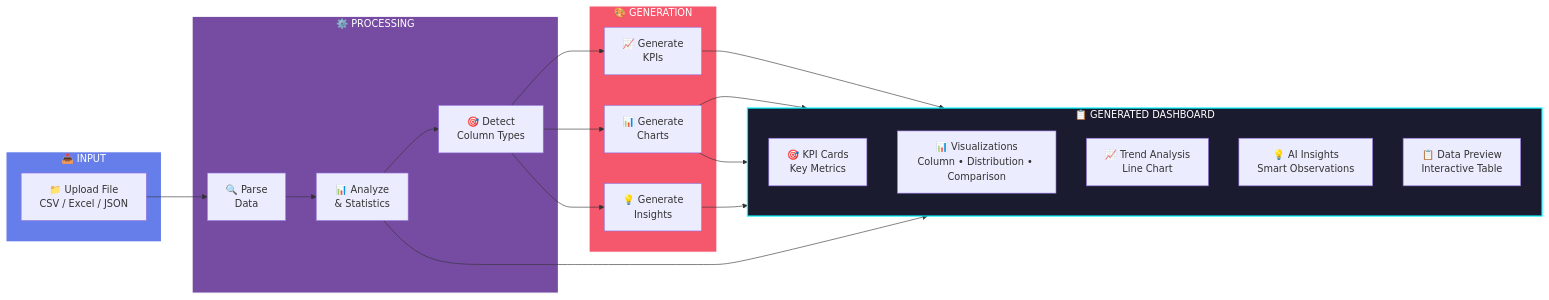
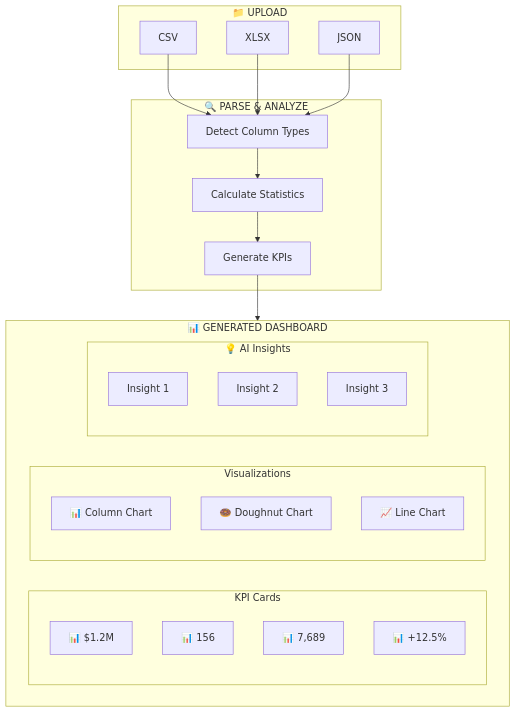
One commit to TR0J49/Axio-AI- changed the tenth of 14 diagrams in README.md. Above: the diagram before and after it, drawn with Mermaid. The commit also changed other lines of this file and 10 other files, not shown here.

````diff
--- a/README.md
+++ b/README.md
@@ -312,41 +424,35 @@
 ```mermaid
-flowchart LR
-    subgraph INPUT["📥 INPUT"]
-        A["📁 Upload File<br/>CSV / Excel / JSON"]
+flowchart TD
+    subgraph Input["📁 UPLOAD"]
+        A[CSV]
+        B[XLSX]
+        C[JSON]
     end
-
-    subgraph PROCESSING["⚙️ PROCESSING"]
-        B["🔍 Parse<br/>Data"]
-        C["📊 Analyze<br/>& Statistics"]
-        D["🎯 Detect<br/>Column Types"]
+    subgraph Processing["🔍 PARSE & ANALYZE"]
+        D[Detect Column Types]
+        E[Calculate Statistics]
+        F[Generate KPIs]
     end
-
-    subgraph GENERATION["🎨 GENERATION"]
-        E["📈 Generate<br/>KPIs"]
-        F["📊 Generate<br/>Charts"]
-        G["💡 Generate<br/>Insights"]
+    subgraph Dashboard["📊 GENERATED DASHBOARD"]
+        subgraph KPIs["KPI Cards"]
+            K1["📊 $1.2M"]
+            K2["📊 156"]
+            K3["📊 7,689"]
+            K4["📊 +12.5%"]
+        end
+        subgraph Charts["Visualizations"]
+            CH1["📊 Column Chart"]
+            CH2["🍩 Doughnut Chart"]
+            CH3["📈 Line Chart"]
+        end
+        subgraph Insights["💡 AI Insights"]
+            I1["Insight 1"]
+            I2["Insight 2"]
+            I3["Insight 3"]
+        end
     end
-
-    A --> B --> C --> D
-    D --> E & F & G
-
-    subgraph DASHBOARD["📋 GENERATED DASHBOARD"]
-        direction TB
-        H["🎯 KPI Cards<br/>Key Metrics"]
-        I["📊 Visualizations<br/>Column • Distribution • Comparison"]
-        J["📈 Trend Analysis<br/>Line Chart"]
-        K["💡 AI Insights<br/>Smart Observations"]
-        L["📋 Data Preview<br/>Interactive Table"]
-    end
-
-    E --> H
-    F --> I
-    F --> J
-    G --> K
-    C --> L
-
-    style INPUT fill:#667eea,stroke:#fff,stroke-width:2px,color:#fff
-    style PROCESSING fill:#764ba2,stroke:#fff,stroke-width:2px,color:#fff
-    style GENERATION fill:#f5576c,stroke:#fff,stroke-width:2px,color:#fff
-    style DASHBOARD fill:#1a1b2e,stroke:#00f2fe,stroke-width:2px,color:#fff
+    A --> D
+    B --> D
+    C --> D
+    D --> E --> F --> Dashboard
 ```
````
